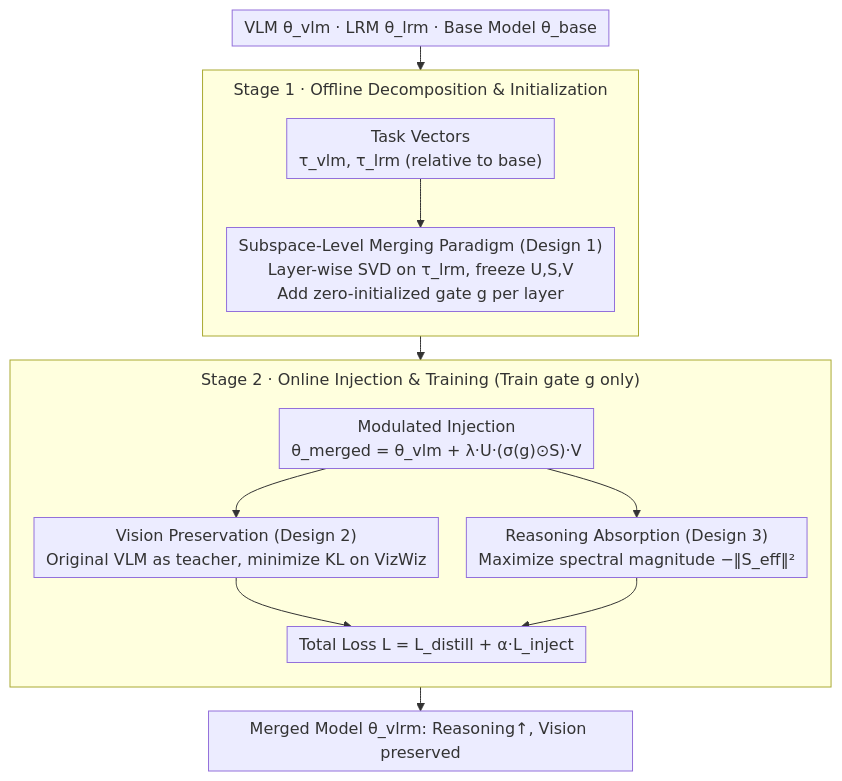
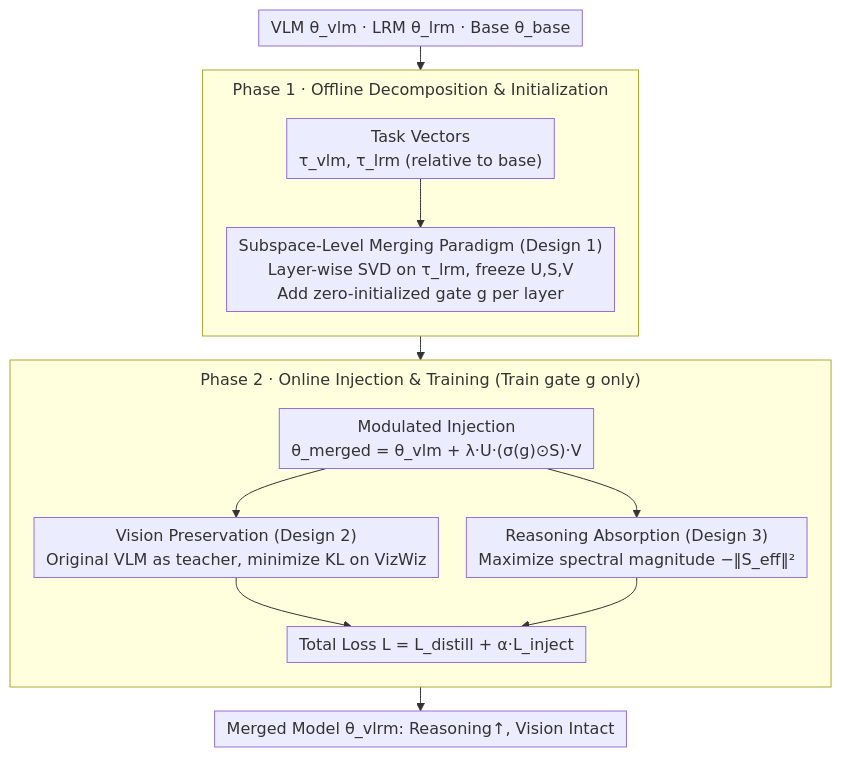
One commit to zhaoyang97/Paper-Notes-en changed the diagram in docs/ICML2026/model_compression/frism_fine-grained_reasoning_injection_via_subspace-level_model_merging_for_visi.md. Above: the diagram before and after it, drawn with Mermaid. The commit also changed other lines of this file and 5084 other files, not shown here.

````diff
--- a/docs/ICML2026/model_compression/frism_fine-grained_reasoning_injection_via_subspace-level_model_merging_for_visi.md
+++ b/docs/ICML2026/model_compression/frism_fine-grained_reasoning_injection_via_subspace-level_model_merging_for_visi.md
@@ -41,18 +41,18 @@
 ```mermaid
 %%{init: {'flowchart': {'rankSpacing': 24, 'nodeSpacing': 28, 'padding': 6, 'wrappingWidth': 400, 'subGraphTitleMargin': {'top': 8, 'bottom': 16}}}}%%
 flowchart TD
-    IN["VLM θ_vlm · LRM θ_lrm · Base Model θ_base"] --> TV["Task Vectors<br/>τ_vlm, τ_lrm (relative to base)"]
-    subgraph S1["Stage 1 · Offline Decomposition & Initialization"]
+    IN["VLM θ_vlm · LRM θ_lrm · Base θ_base"] --> TV["Task Vectors<br/>τ_vlm, τ_lrm (relative to base)"]
+    subgraph S1["Phase 1 · Offline Decomposition & Initialization"]
         direction TB
         TV --> D1["Subspace-Level Merging Paradigm (Design 1)<br/>Layer-wise SVD on τ_lrm, freeze U,S,V<br/>Add zero-initialized gate g per layer"]
     end
-    subgraph S2["Stage 2 · Online Injection & Training (Train gate g only)"]
+    subgraph S2["Phase 2 · Online Injection & Training (Train gate g only)"]
         direction TB
         MERGE["Modulated Injection<br/>θ_merged = θ_vlm + λ·U·(σ(g)⊙S)·V"] --> D2["Vision Preservation (Design 2)<br/>Original VLM as teacher, minimize KL on VizWiz"]
         MERGE --> D3["Reasoning Absorption (Design 3)<br/>Maximize spectral magnitude −‖S_eff‖²"]
         D2 --> TOTAL["Total Loss L = L_distill + α·L_inject"]
         D3 --> TOTAL
     end
     D1 --> MERGE
-    TOTAL --> OUT["Merged Model θ_vlrm: Reasoning↑, Vision preserved"]
+    TOTAL --> OUT["Merged Model θ_vlrm: Reasoning↑, Vision Intact"]
 ```
````
